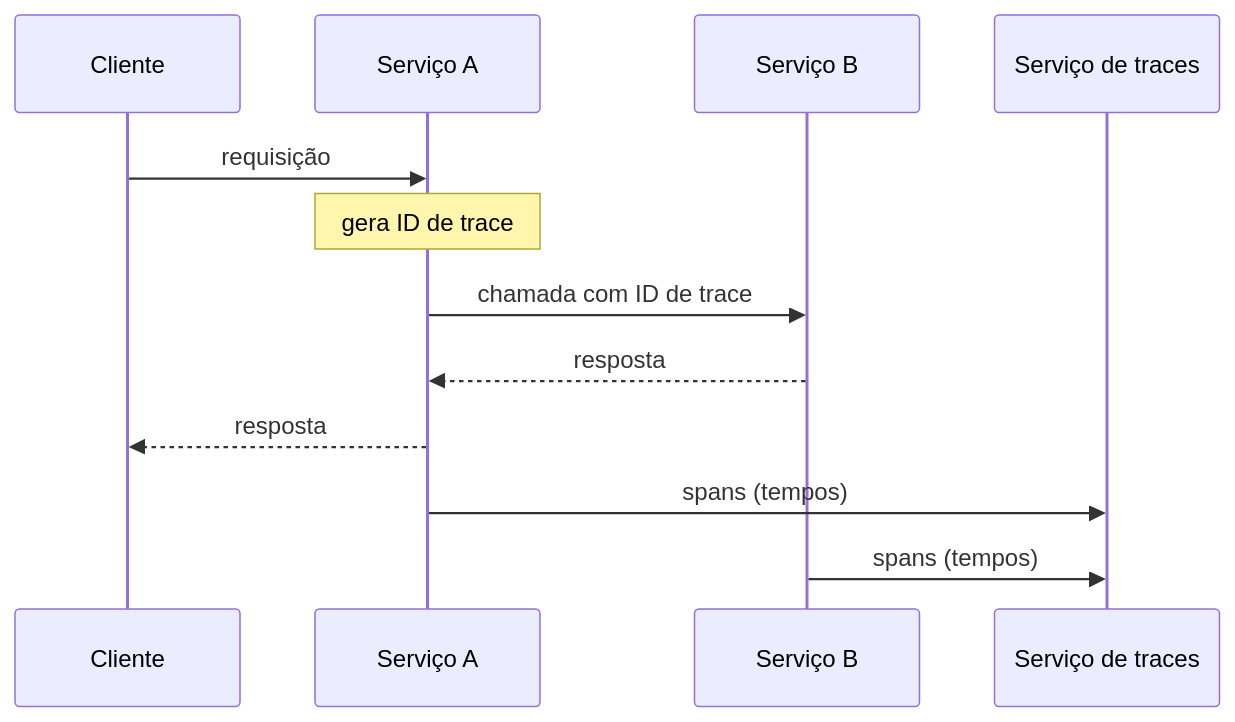
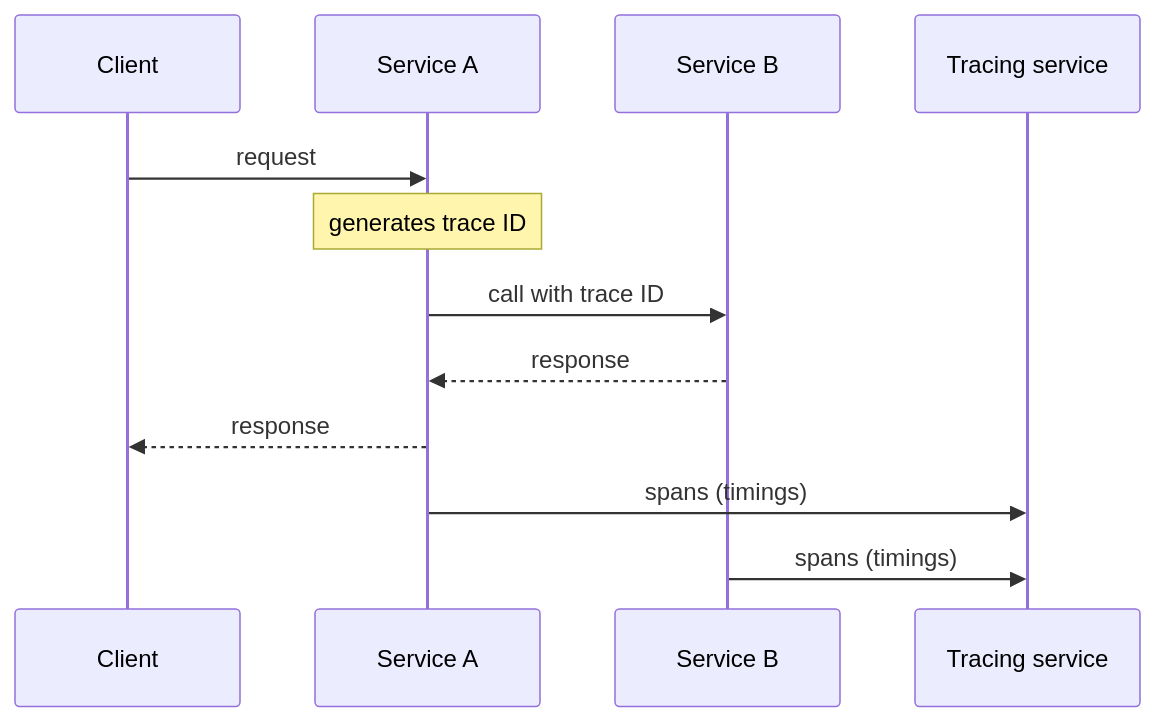
The diagram in docs/architecture/microservices/observability/distributed-tracing.md (alancesar/design-patterns), drawn with Mermaid before and after one commit. The commit also changed 258 other files, not shown here.

First line of the commit message:
Translate Mermaid diagrams to English

````diff
--- a/docs/architecture/microservices/observability/distributed-tracing.md
+++ b/docs/architecture/microservices/observability/distributed-tracing.md
@@ -53,14 +53,14 @@
 ```mermaid
 sequenceDiagram
-    participant C as Cliente
-    participant A as Serviço A
-    participant B as Serviço B
-    participant T as Serviço de traces
-    C->>A: requisição
-    Note over A: gera ID de trace
-    A->>B: chamada com ID de trace
-    B-->>A: resposta
-    A-->>C: resposta
-    A->>T: spans (tempos)
-    B->>T: spans (tempos)
+    participant C as Client
+    participant A as Service A
+    participant B as Service B
+    participant T as Tracing service
+    C->>A: request
+    Note over A: generates trace ID
+    A->>B: call with trace ID
+    B-->>A: response
+    A-->>C: response
+    A->>T: spans (timings)
+    B->>T: spans (timings)
 ```
````
